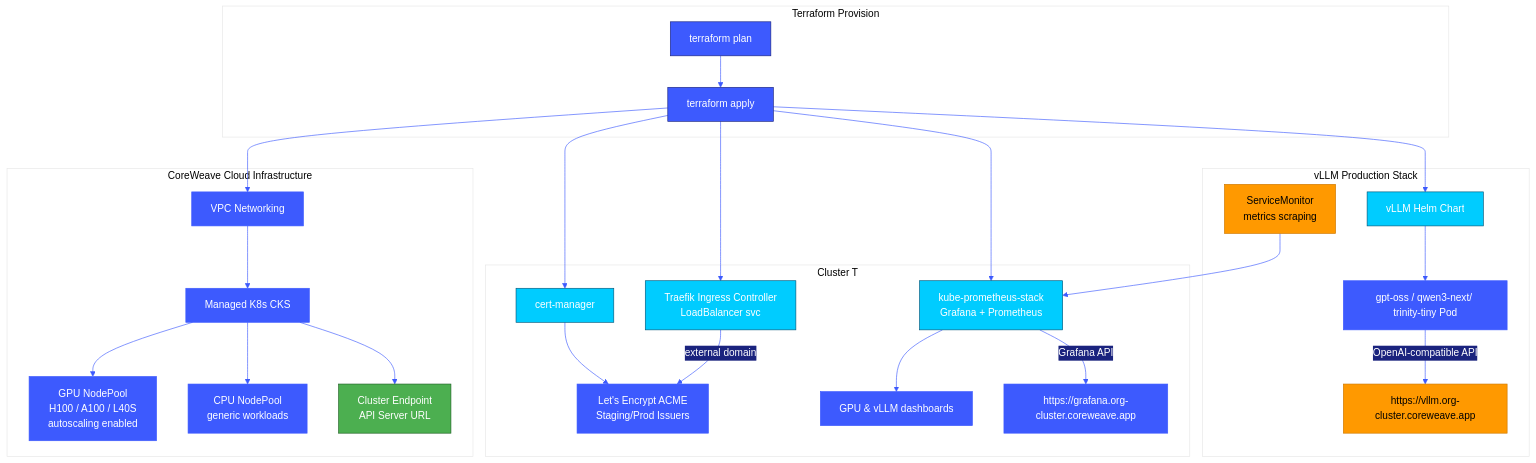
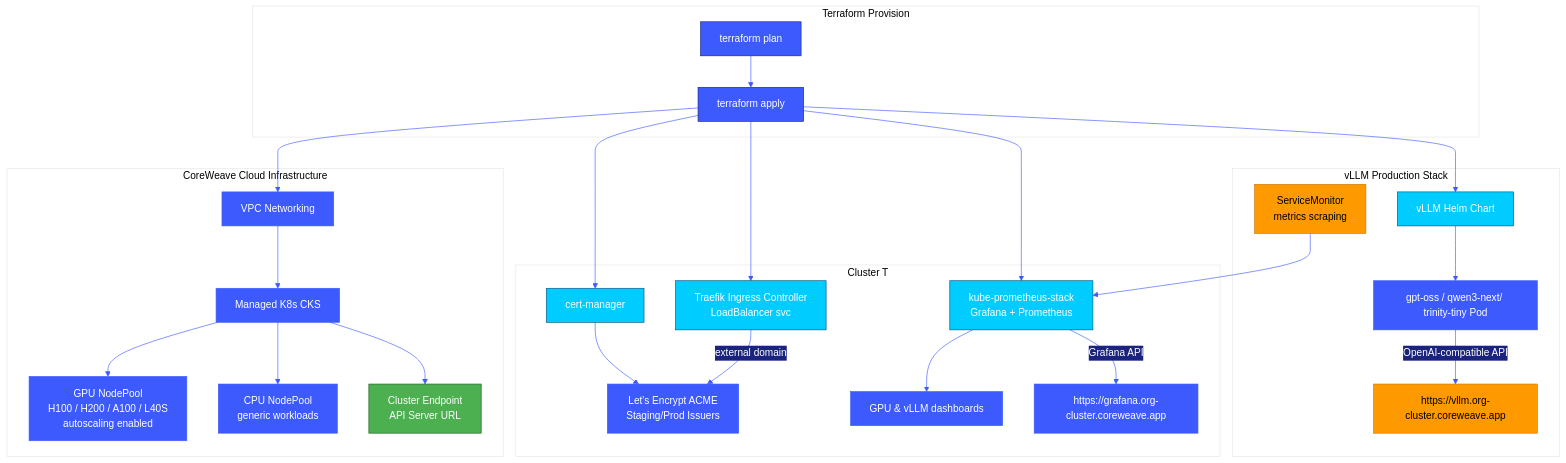
Before and after one commit to CloudThrill/vllm-production-stack-terraform: the diagram in coreweave/cks-vllm/README.md, drawn with Mermaid. The commit also changed other lines of this file, not shown here.

First line of the commit message:
Revise GPU NodePool details and add usage examples

````diff
--- a/coreweave/cks-vllm/README.md
+++ b/coreweave/cks-vllm/README.md
@@ -3,46 +3,46 @@
 ```mermaid
 %%{init: {'theme':'base', 'themeVariables':{ 'primaryColor':'#3d5afe', 'primaryTextColor':'#fff', 'primaryBorderColor':'#3d5afe','lineColor':'#3d5afe', 'secondaryColor':'#1a237e', 'tertiaryColor':'#fff'}}}%%
 
 flowchart TD
     subgraph "Terraform Provision"
         A[terraform plan] --> B[terraform apply]
     end
 
     subgraph "CoreWeave Cloud Infrastructure"
         C[VPC Networking] --> D[Managed K8s CKS]
-        D --> E[GPU NodePool<br>H100 / A100 / L40S<br>autoscaling enabled]
+        D --> E[GPU NodePool<br>H100 / H200 / A100 / L40S<br>autoscaling enabled]
         D --> F[CPU NodePool<br>generic workloads]
         D --> R[Cluster Endpoint<br>API Server URL]
     end
 
     subgraph "Cluster T"
         G[Traefik Ingress Controller<br>LoadBalancer svc] -->|external domain| H[Let's Encrypt ACME<br>Staging/Prod Issuers]
         I[kube-prometheus-stack<br>Grafana + Prometheus] --> J[GPU & vLLM dashboards]
         L[cert-manager] --> H
         I -->|Grafana API| X[https://grafana.org-cluster.coreweave.app]
     end
 
     subgraph "vLLM Production Stack"
         M[vLLM Helm Chart] --> N[gpt-oss / qwen3-next/ trinity-tiny Pod]
         N -->|OpenAI-compatible API| O[https://vllm.org-cluster.coreweave.app]
         Q[ServiceMonitor<br>metrics scraping] --> I
     end
 
     %% flow
     B --> C
     B --> G
     B --> I
     B --> L
     B --> M
 
     classDef terraform fill:#3d5afe,stroke:#1a237e,color:#fff
     classDef helm fill:#00ccff,stroke:#005577,color:#fff
     classDef user fill:#ff9900,stroke:#cc7700,color:#000
     classDef output fill:#4caf50,stroke:#1b5e20,color:#fff
 
     class A,B terraform
     class G,I,L,M helm
     class O,Q user
     class R,S,T output
 
 ```
````
